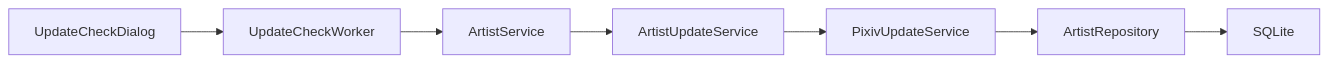
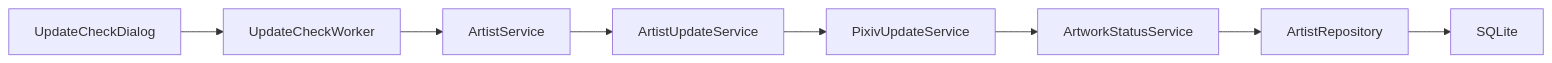
Before and after one commit to PKT0623/PixivLocalManager: the eighth of 12 diagrams in docs/07_ARCHITECTURE.md, drawn with Mermaid. The commit also changed other lines of this file and 10 other files, not shown here.

````diff
--- a/docs/07_ARCHITECTURE.md
+++ b/docs/07_ARCHITECTURE.md
@@ -247,17 +337,19 @@
 ```mermaid
 flowchart LR
 
 UpdateCheckDialog
 
 --> UpdateCheckWorker
 
 --> ArtistService
 
 --> ArtistUpdateService
 
 --> PixivUpdateService
 
+--> ArtworkStatusService
+
 --> ArtistRepository
 
 --> SQLite
 ```
````
